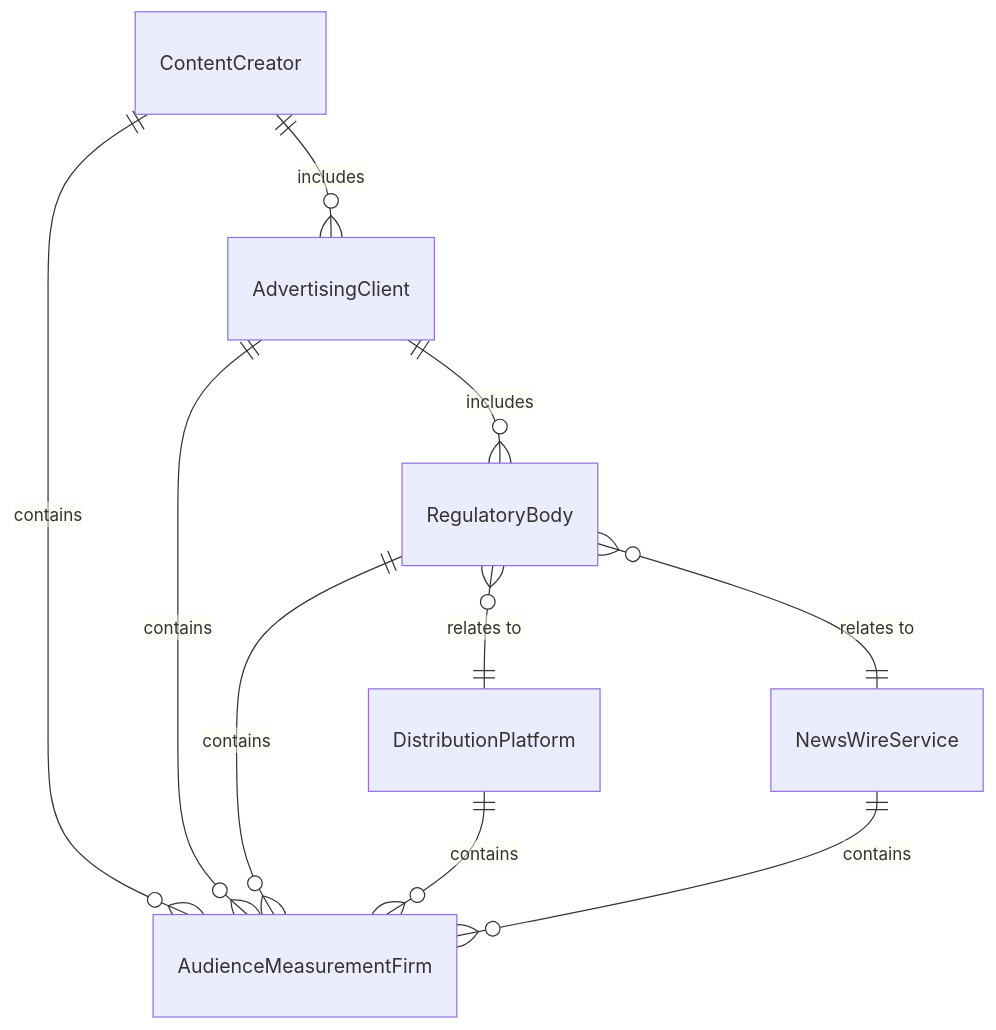
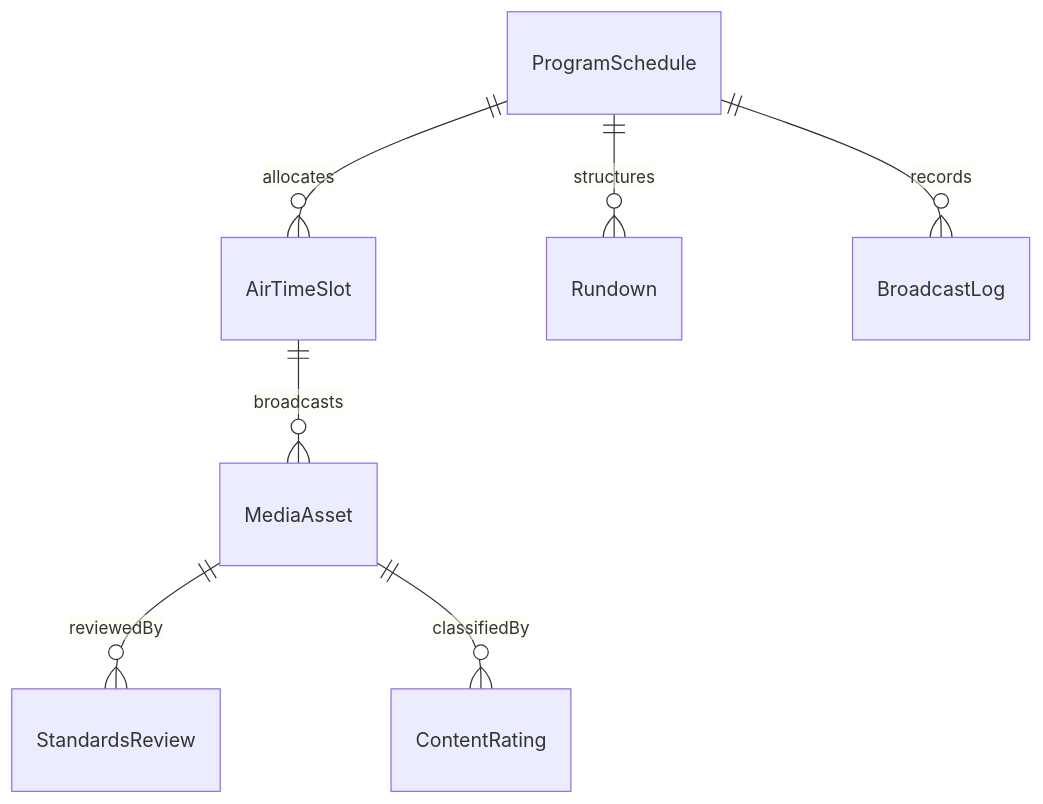
The first of 4 diagrams in GuidingDirectingAndMotivatingSubordinates/CoordinateArtisticOrEntertainmentActivities/ManageContentBroadcastsPresentations.mdx (dot-org-ai/tasks.org.ai), drawn with Mermaid before and after one commit. The commit also changed other lines of this file and 515 other files, not shown here.

````diff
--- a/GuidingDirectingAndMotivatingSubordinates/CoordinateArtisticOrEntertainmentActivities/ManageContentBroadcastsPresentations.mdx
+++ b/GuidingDirectingAndMotivatingSubordinates/CoordinateArtisticOrEntertainmentActivities/ManageContentBroadcastsPresentations.mdx
@@ -92,12 +92,9 @@
 ```mermaid
 erDiagram
-    ContentCreator ||--o{ AdvertisingClient : includes
-    ContentCreator ||--o{ AudienceMeasurementFirm : contains
-    AdvertisingClient ||--o{ RegulatoryBody : includes
-    AdvertisingClient ||--o{ AudienceMeasurementFirm : contains
-    RegulatoryBody }o--|| DistributionPlatform : "relates to"
-    RegulatoryBody }o--|| NewsWireService : "relates to"
-    RegulatoryBody ||--o{ AudienceMeasurementFirm : contains
-    DistributionPlatform ||--o{ AudienceMeasurementFirm : contains
-    NewsWireService ||--o{ AudienceMeasurementFirm : contains
+    ProgramSchedule ||--o{ AirTimeSlot : allocates
+    AirTimeSlot ||--o{ MediaAsset : broadcasts
+    MediaAsset ||--o{ StandardsReview : reviewedBy
+    MediaAsset ||--o{ ContentRating : classifiedBy
+    ProgramSchedule ||--o{ Rundown : structures
+    ProgramSchedule ||--o{ BroadcastLog : records
 ```
````
